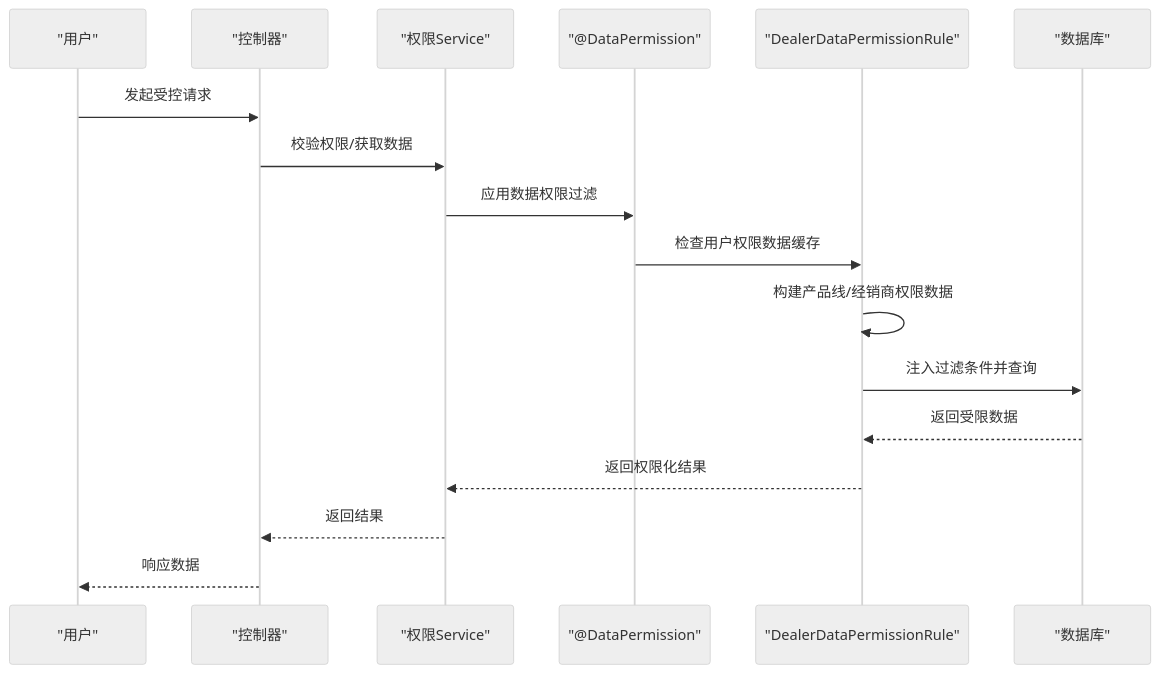
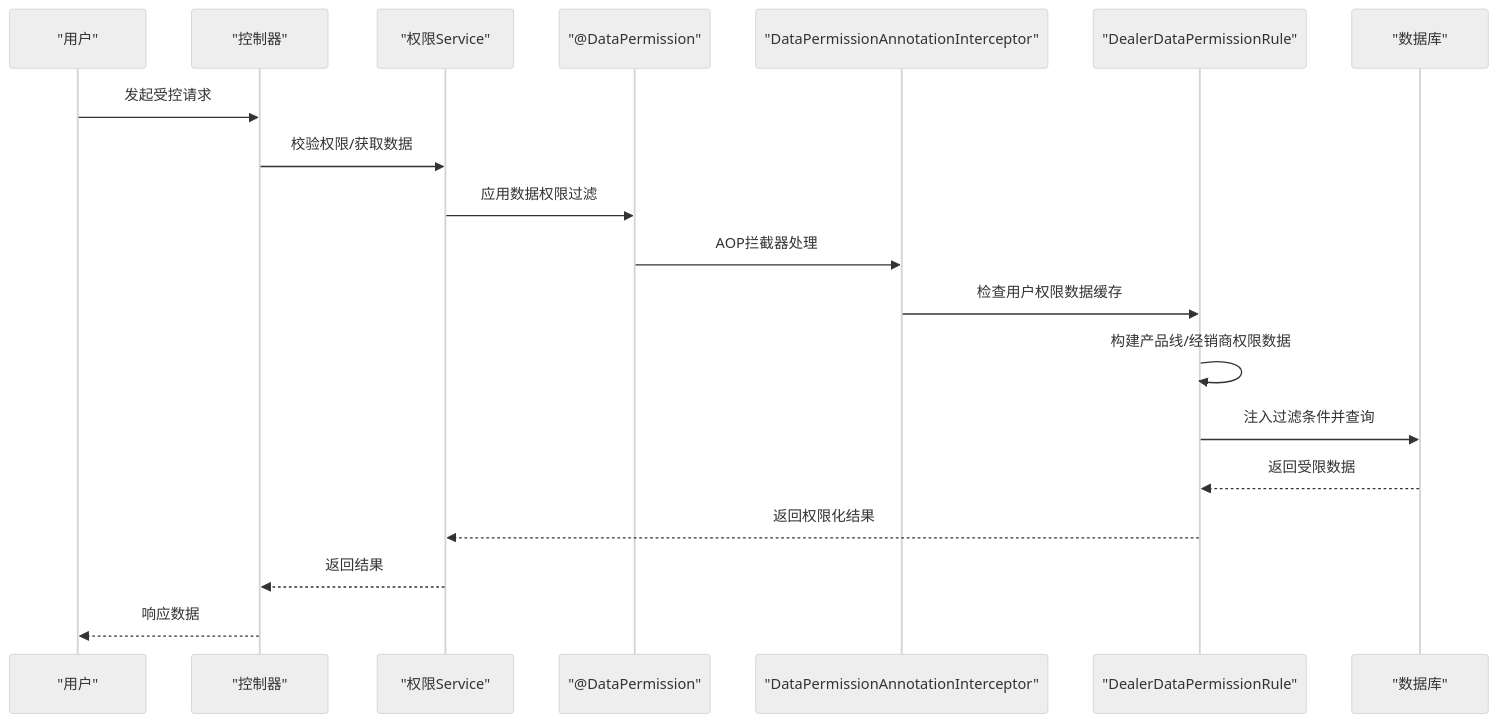
One commit to xiaoche80s-tech/rouyi-vue-pro changed the fifth of 6 diagrams in .qoder/repowiki/zh/content/核心模块/系统管理模块/角色权限.md. Above: the diagram before and after it, drawn with Mermaid (neutral theme). The commit also changed other lines of this file and 621 other files, not shown here.

````diff
--- a/.qoder/repowiki/zh/content/核心模块/系统管理模块/角色权限.md
+++ b/.qoder/repowiki/zh/content/核心模块/系统管理模块/角色权限.md
@@ -314,19 +334,21 @@
 ```mermaid
 sequenceDiagram
 participant U as "用户"
 participant CTRL as "控制器"
 participant SVC as "权限Service"
 participant DP as "@DataPermission"
+participant DI as "DataPermissionAnnotationInterceptor"
 participant DR as "DealerDataPermissionRule"
 participant DB as "数据库"
 U->>CTRL : 发起受控请求
 CTRL->>SVC : 校验权限/获取数据
 SVC->>DP : 应用数据权限过滤
-DP->>DR : 检查用户权限数据缓存
+DP->>DI : AOP拦截器处理
+DI->>DR : 检查用户权限数据缓存
 DR->>DR : 构建产品线/经销商权限数据
 DR->>DB : 注入过滤条件并查询
 DB-->>DR : 返回受限数据
 DR-->>SVC : 返回权限化结果
 SVC-->>CTRL : 返回结果
 CTRL-->>U : 响应数据
 ```
````
